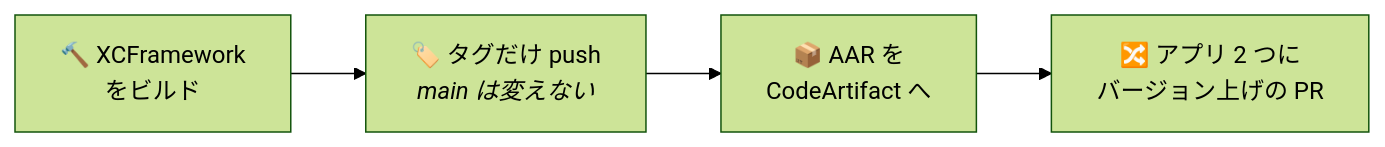
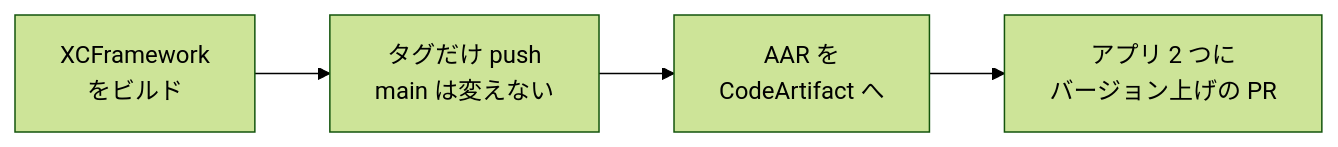
The second of 2 diagrams in README.md (yossibank/kmp-app-template), drawn with Mermaid (forest theme) before and after one commit. The commit also changed other lines of this file and 2 other files, not shown here.

````diff
--- a/README.md
+++ b/README.md
@@ -79,8 +80,8 @@
 ```mermaid
 flowchart LR
-    BUILD["🔨 XCFramework<br/>をビルド"]
-    TAG["🏷️ タグだけ push<br/><i>main は変えない</i>"]
-    AAR["📦 AAR を<br/>CodeArtifact へ"]
-    PR["🔀 アプリ 2 つに<br/>バージョン上げの PR"]
+    BUILD["XCFramework<br/>をビルド"]
+    TAG["タグだけ push<br/>main は変えない"]
+    AAR["AAR を<br/>CodeArtifact へ"]
+    PR["アプリ 2 つに<br/>バージョン上げの PR"]
     BUILD --> TAG --> AAR --> PR
 ```
````
